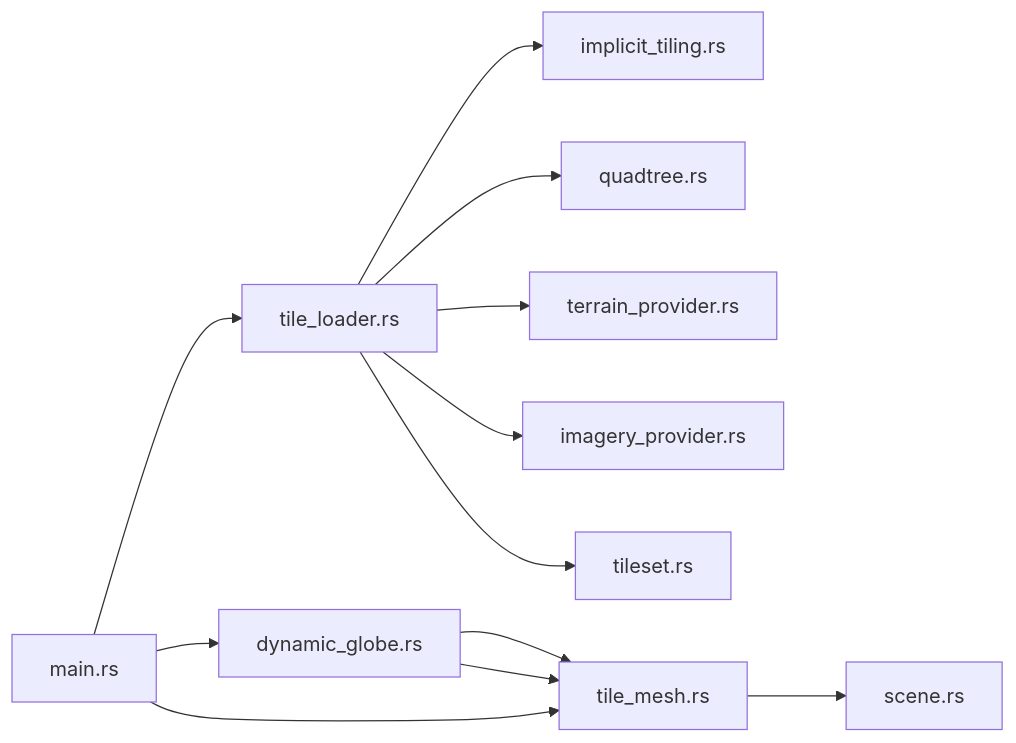
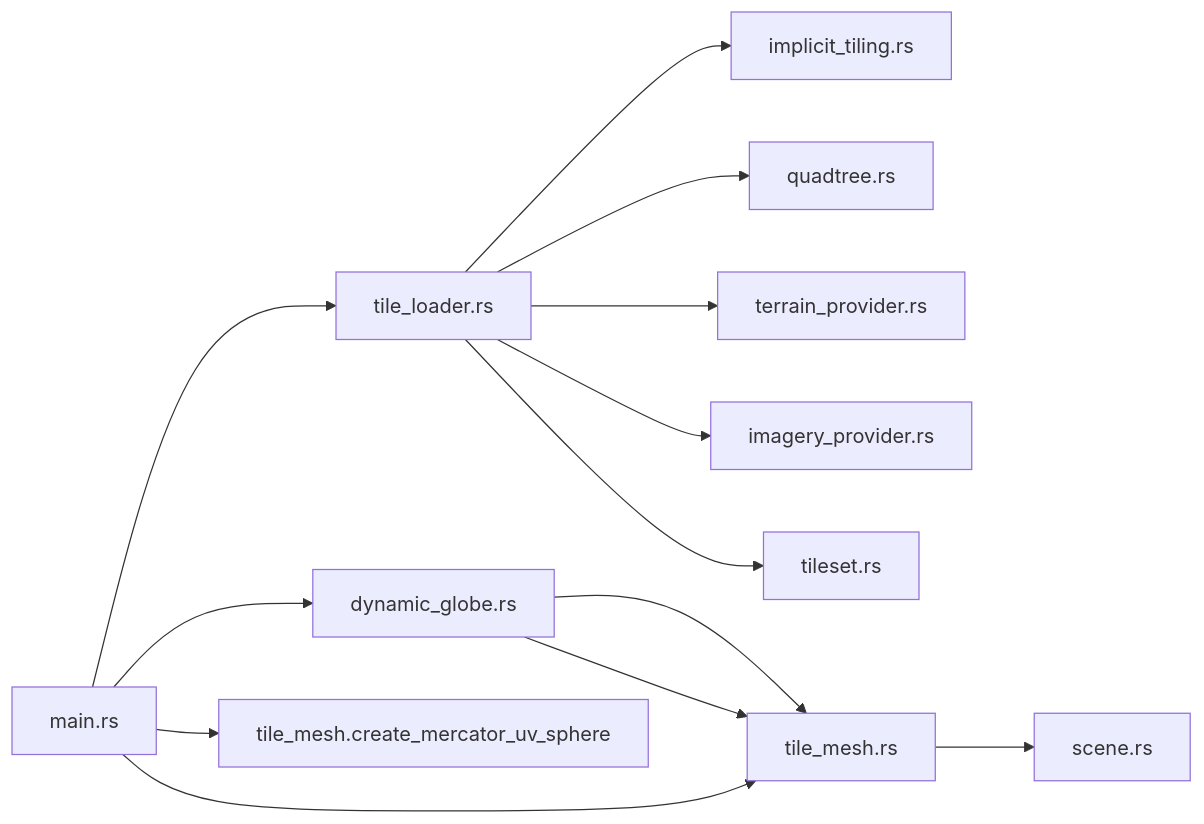
One commit to rzhangjing/cesium changed the ninth of 9 diagrams in .qoder/repowiki/zh/content/项目概述/核心特性/3D数据格式支持/3D Tiles标准支持/瓦片网格生成.md. Above: the diagram before and after it, drawn with Mermaid. The commit also changed other lines of this file and 5 other files, not shown here.

````diff
--- a/.qoder/repowiki/zh/content/项目概述/核心特性/3D数据格式支持/3D Tiles标准支持/瓦片网格生成.md
+++ b/.qoder/repowiki/zh/content/项目概述/核心特性/3D数据格式支持/3D Tiles标准支持/瓦片网格生成.md
@@ -385,14 +422,15 @@
 ```mermaid
 graph LR
 TL["tile_loader.rs"] --> IT["implicit_tiling.rs"]
 TL --> QT["quadtree.rs"]
 TL --> TP["terrain_provider.rs"]
 TL --> IP["imagery_provider.rs"]
 TL --> TS["tileset.rs"]
 TM["tile_mesh.rs"] --> SC["scene.rs"]
 DG["dynamic_globe.rs"] --> TM
 DG --> TM
 M["main.rs"] --> TL
 M --> TM
 M --> DG
+M --> TMS["tile_mesh.create_mercator_uv_sphere"]
 ```
````
